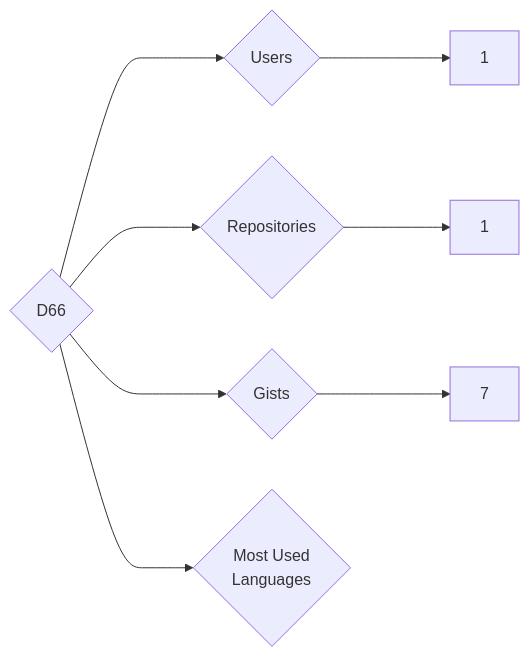
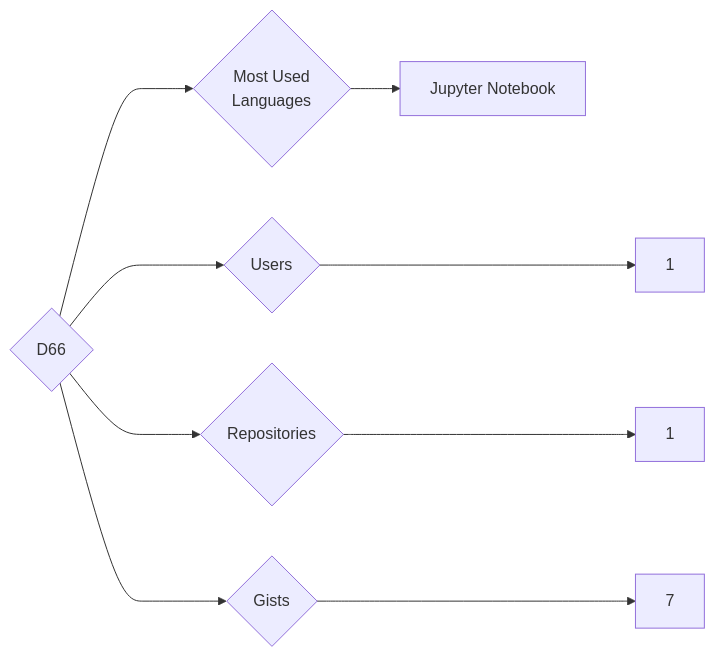
One commit to trickest/insiders changed the diagram in targets/D66/README.md. Above: the diagram before and after it, drawn with Mermaid. The commit also changed 993 other files, not shown here.

````diff
--- a/targets/D66/README.md
+++ b/targets/D66/README.md
@@ -3,8 +3,9 @@
 ```mermaid
 graph LR
 COMPANY_NAME{D66}
 COMPANY_NAME ---> U{Users} ---> UN[1]
 COMPANY_NAME ---> R{Repositories} ---> RN[1]
 COMPANY_NAME ---> G{Gists} ---> GN[7]
 COMPANY_NAME ---> ML{Most Used<br>Languages}
+ML --> Jupyter_Notebook[Jupyter Notebook]
 ```
````
